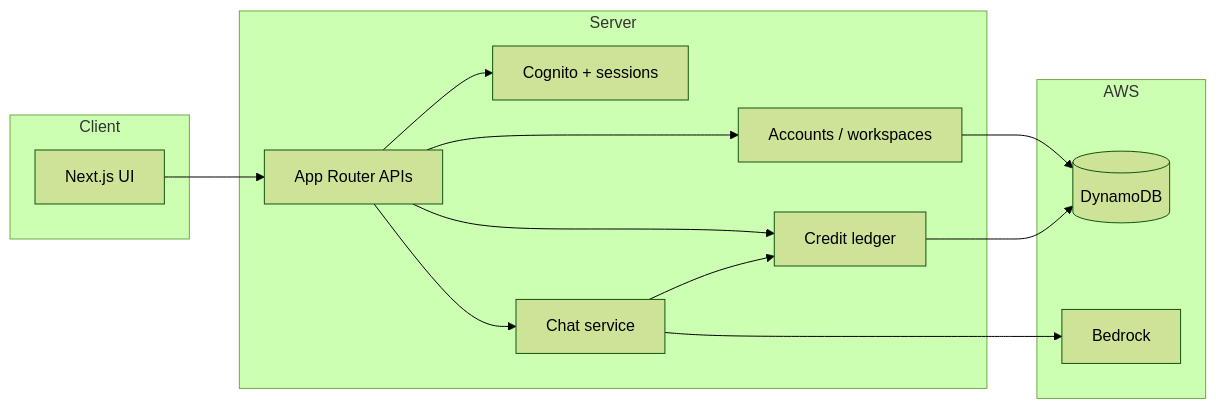
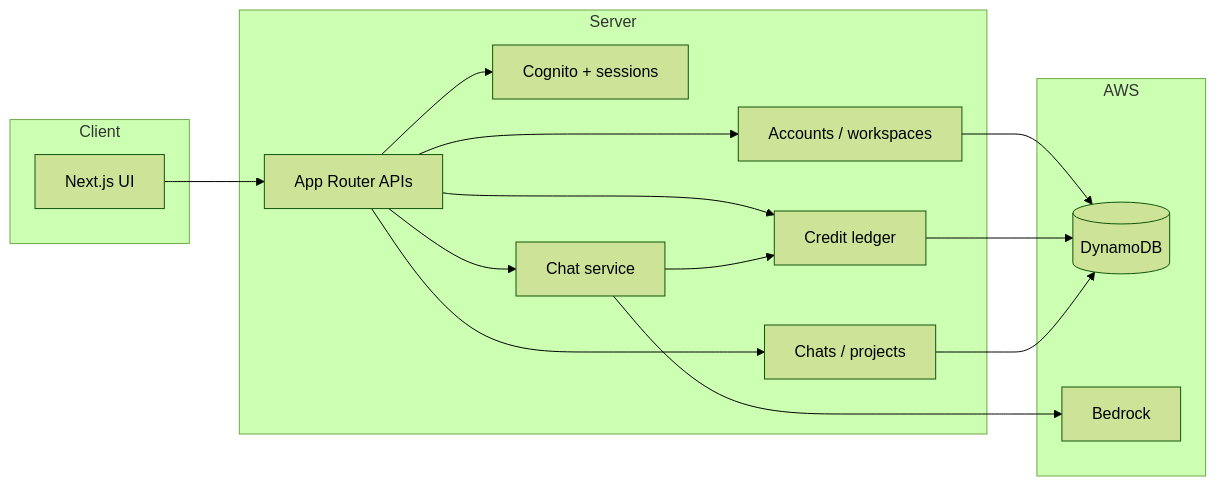
One commit to Sanjeev1802/Aria changed the diagram in README.md. Above: the diagram before and after it, drawn with Mermaid (forest theme). The commit also changed other lines of this file and 1 other file, not shown here.

Commit message:
Document current ARIA capabilities and remaining work

````diff
--- a/README.md
+++ b/README.md
@@ -26,26 +27,29 @@
 ```mermaid
 flowchart LR
   subgraph Client
     UI[Next.js UI]
   end
   subgraph Server
     API[App Router APIs]
     Auth[Cognito + sessions]
     Dir[Accounts / workspaces]
     Ledger[Credit ledger]
     Chat[Chat service]
+    Work[Chats / projects]
   end
   subgraph AWS
     DDB[(DynamoDB)]
     BR[Bedrock]
   end
   UI --> API
   API --> Auth
   API --> Dir
   API --> Ledger
   API --> Chat
+  API --> Work
   Dir --> DDB
   Ledger --> DDB
+  Work --> DDB
   Chat --> Ledger
   Chat --> BR
 ```
````
